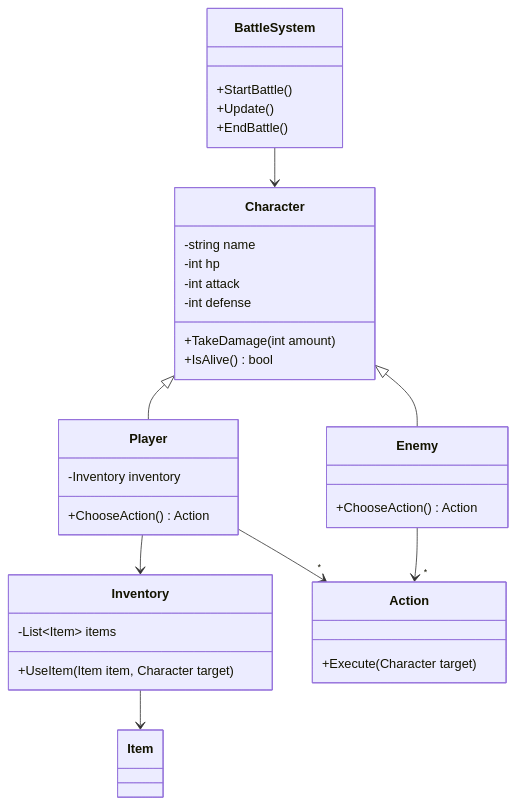
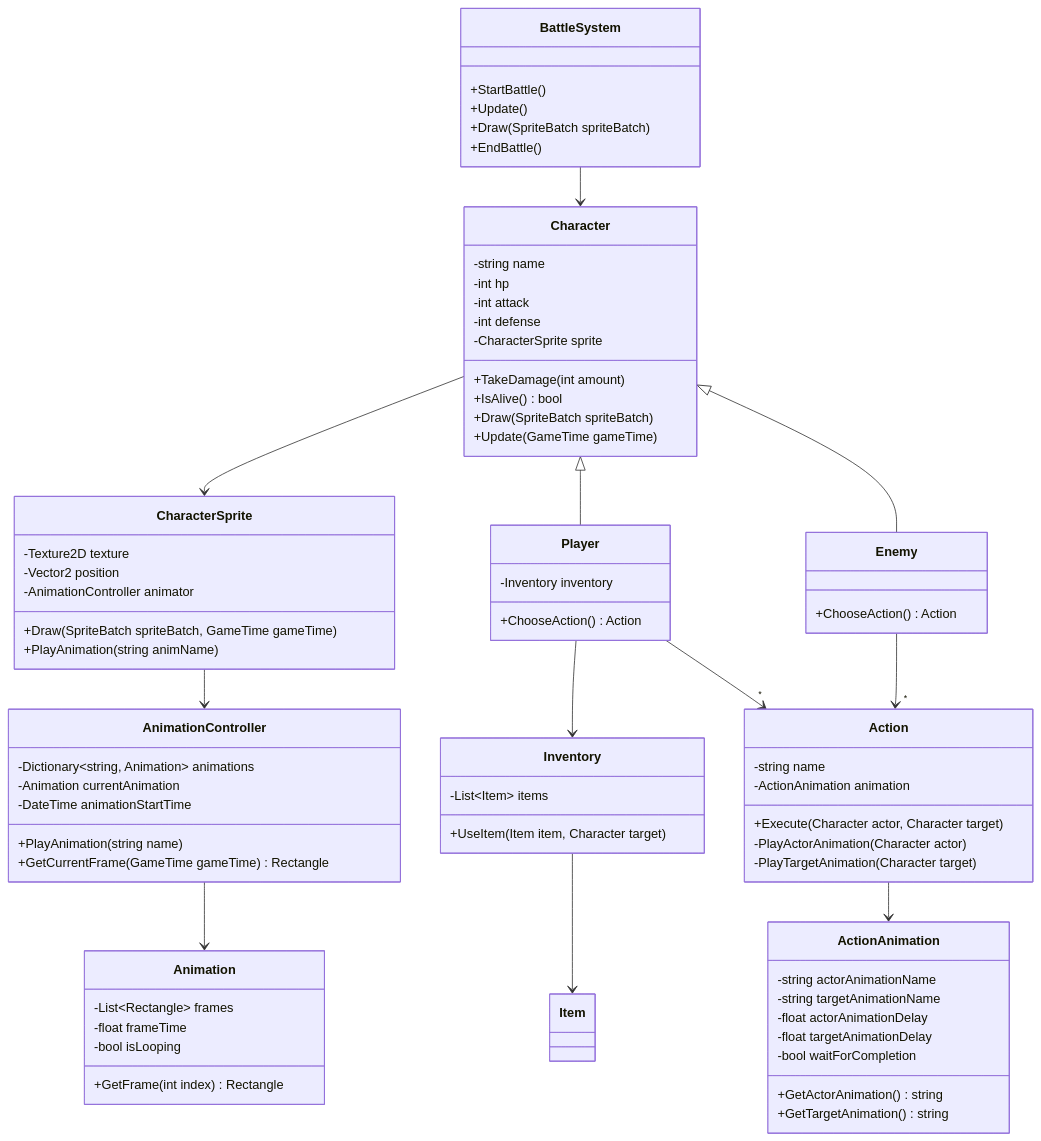
The first of 2 diagrams in docs/Battle.md (d0rich/EchoReborn), drawn with Mermaid before and after one commit.

Commit message:
Adapt for animations

```diff
--- a/docs/Battle.md
+++ b/docs/Battle.md
@@ -29,44 +29,90 @@
     class BattleSystem {
         +StartBattle()
         +Update()
+        +Draw(SpriteBatch spriteBatch)
         +EndBattle()
     }
-    
+
     class Character {
         -string name
         -int hp
         -int attack
         -int defense
+        -CharacterSprite sprite
         +TakeDamage(int amount)
         +IsAlive() bool
+        +Draw(SpriteBatch spriteBatch)
+        +Update(GameTime gameTime)
     }
-    
+
+    class CharacterSprite {
+        -Texture2D texture
+        -Vector2 position
+        -AnimationController animator
+        +Draw(SpriteBatch spriteBatch, GameTime gameTime)
+        +PlayAnimation(string animName)
+    }
+
+    class AnimationController {
+        -Dictionary~string, Animation~ animations
+        -Animation currentAnimation
+        -DateTime animationStartTime
+        +PlayAnimation(string name)
+        +GetCurrentFrame(GameTime gameTime) Rectangle
+    }
+
+
+    class Animation {
+        -List~Rectangle~ frames
+        -float frameTime
+        -bool isLooping
+        +GetFrame(int index) Rectangle
+    }
+
     class Player {
         -Inventory inventory
         +ChooseAction() Action
     }
-    
+
     class Enemy {
         +ChooseAction() Action
     }
-    
+
     class Action {
-        +Execute(Character target)
+        -string name
+        -ActionAnimation animation
+        +Execute(Character actor, Character target)
+        -PlayActorAnimation(Character actor)
+        -PlayTargetAnimation(Character target)
     }
-    
+
+    class ActionAnimation {
+        -string actorAnimationName
+        -string targetAnimationName
+        -float actorAnimationDelay
+        -float targetAnimationDelay
+        -bool waitForCompletion
+        +GetActorAnimation() string
+        +GetTargetAnimation() string
+    }
+
     class Inventory {
         -List~Item~ items
         +UseItem(Item item, Character target)
     }
-    
+
     class Item
-    
+
     BattleSystem --> Character
+    Character --> CharacterSprite
+    CharacterSprite --> AnimationController
+    AnimationController --> Animation
+    Action --> ActionAnimation
     Character <|-- Player
     Character <|-- Enemy
     Player --> Inventory
     Inventory --> Item
-    
+
     Player -->"*" Action
     Enemy -->"*" Action
 
```
